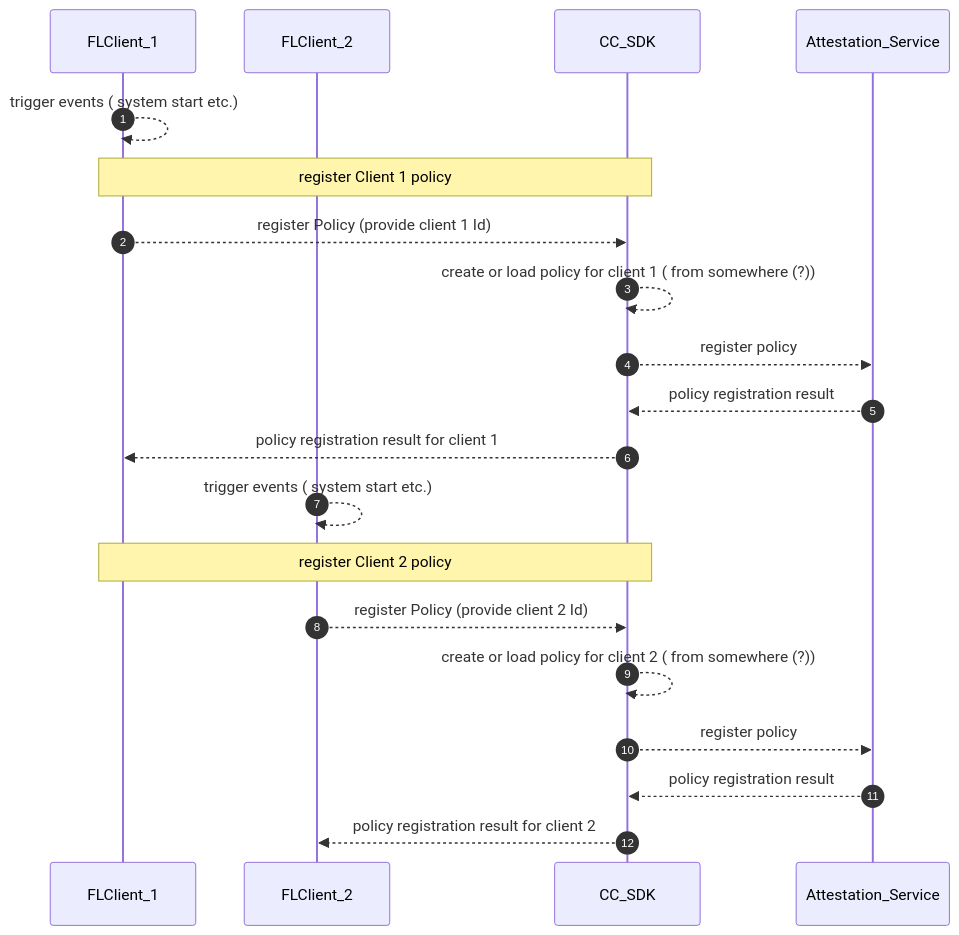
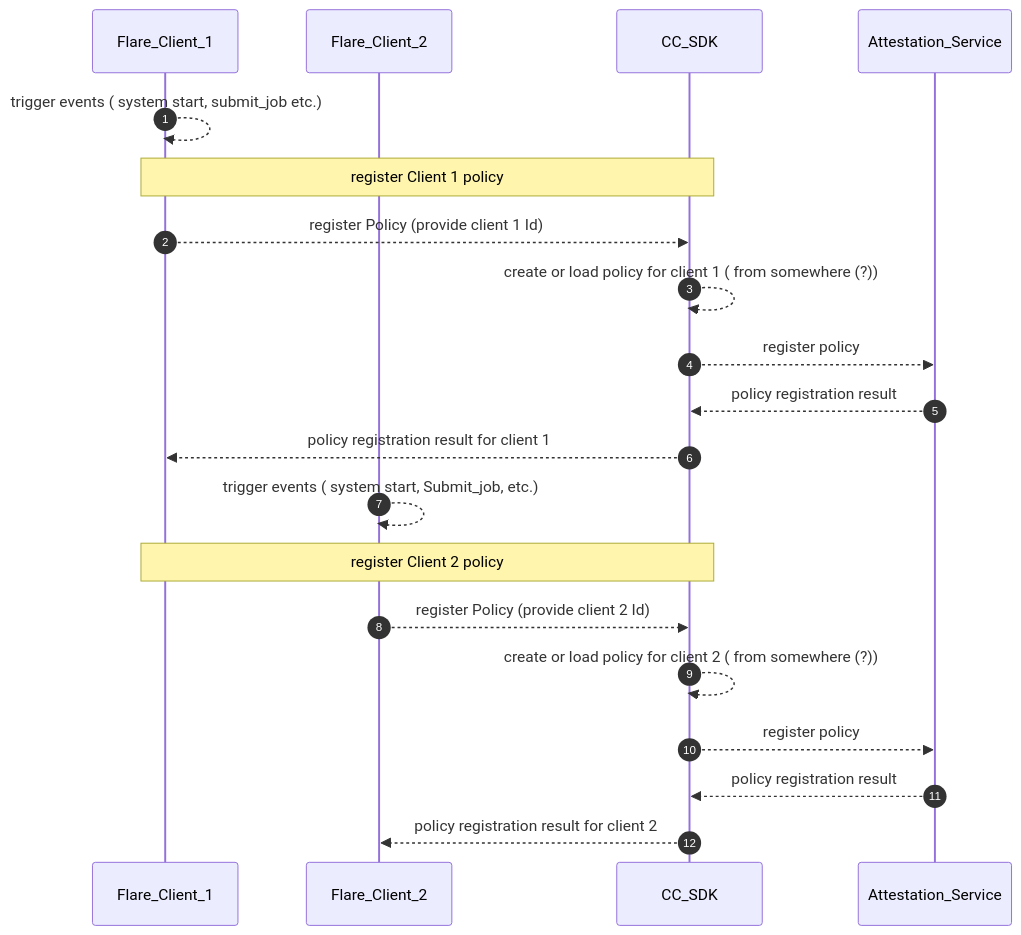
One commit to hitesh-ag1/NVFlare changed the first of 5 diagrams in docs/confidential_computing/detailed_cc_sequence_diagram.md. Above: the diagram before and after it, drawn with Mermaid. The commit also changed other lines of this file, not shown here.

Commit message:
Sequence diagram for CC

````diff
--- a/docs/confidential_computing/detailed_cc_sequence_diagram.md
+++ b/docs/confidential_computing/detailed_cc_sequence_diagram.md
@@ -14,26 +14,26 @@
 ```mermaid
 sequenceDiagram
    autonumber
-    participant FLClient_1
-    participant FLClient_2
+    participant Flare_Client_1
+    participant Flare_Client_2
     participant CC_SDK
     participant Attestation_Service
 
-    FLClient_1 -->> FLClient_1: trigger events ( system start etc.)
-    Note over FLClient_1, CC_SDK: register Client 1 policy 
-    FLClient_1 -->> CC_SDK: register Policy (provide client 1 Id) 
+    Flare_Client_1 -->> Flare_Client_1: trigger events ( system start, submit_job etc.)
+    Note over Flare_Client_1, CC_SDK: register Client 1 policy 
+    Flare_Client_1 -->> CC_SDK: register Policy (provide client 1 Id) 
     CC_SDK -->> CC_SDK: create or load policy for client 1  ( from somewhere (?))
     CC_SDK -->> Attestation_Service: register policy
     Attestation_Service -->> CC_SDK: policy registration result
-    CC_SDK -->> FLClient_1: policy registration result for client 1
+    CC_SDK -->> Flare_Client_1: policy registration result for client 1
     
 
-    FLClient_2 -->> FLClient_2: trigger events ( system start etc.)
-    Note over FLClient_1, CC_SDK: register Client 2 policy
-    FLClient_2 -->> CC_SDK: register Policy (provide client 2 Id)
+    Flare_Client_2 -->> Flare_Client_2: trigger events ( system start, Submit_job, etc.)
+    Note over Flare_Client_1, CC_SDK: register Client 2 policy
+    Flare_Client_2 -->> CC_SDK: register Policy (provide client 2 Id)
     CC_SDK -->> CC_SDK: create or load policy for client 2  ( from somewhere (?))
     CC_SDK -->> Attestation_Service: register policy
     Attestation_Service -->> CC_SDK: policy registration result
-    CC_SDK -->> FLClient_2: policy registration result for client 2
+    CC_SDK -->> Flare_Client_2: policy registration result for client 2
      
 ```
````
